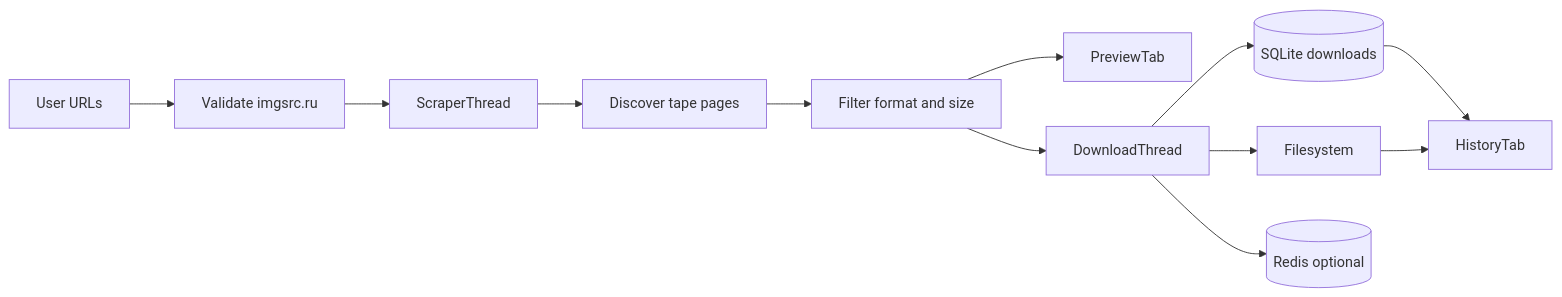
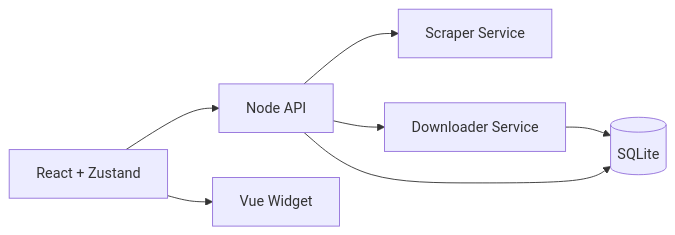
One commit to lscheffel/IMGSrc changed the diagram in docs/diagrams/DATA_FLOW-000.md. Above: the diagram before and after it, drawn with Mermaid. The commit also changed other lines of this file and 53 other files, not shown here.

````diff
--- a/docs/diagrams/DATA_FLOW-000.md
+++ b/docs/diagrams/DATA_FLOW-000.md
@@ -2,14 +2,9 @@
 ```mermaid
 flowchart LR
-U[User URLs] --> V[Validate imgsrc.ru]
-V --> S[ScraperThread]
-S --> T[Discover tape pages]
-T --> F[Filter format and size]
-F --> P[PreviewTab]
-F --> D[DownloadThread]
-D --> FS[Filesystem]
-D --> SQL[(SQLite downloads)]
-D --> R[(Redis optional)]
-SQL --> H[HistoryTab]
-FS --> H
+UI[React + Zustand] --> API[Node API]
+UI --> VUE[Vue Widget]
+API --> SCRAPE[Scraper Service]
+API --> DL[Downloader Service]
+DL --> SQL[(SQLite)]
+API --> SQL
 ```
````
